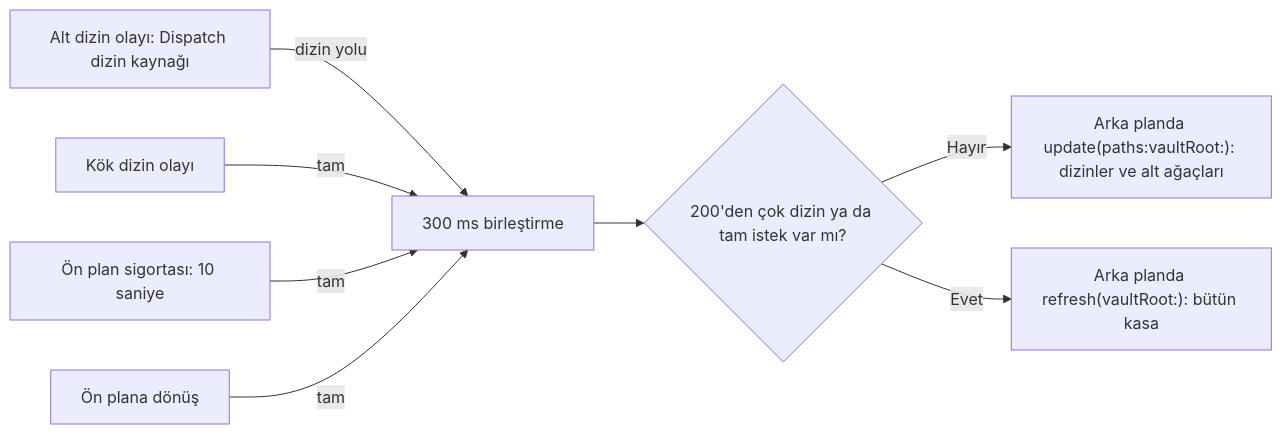
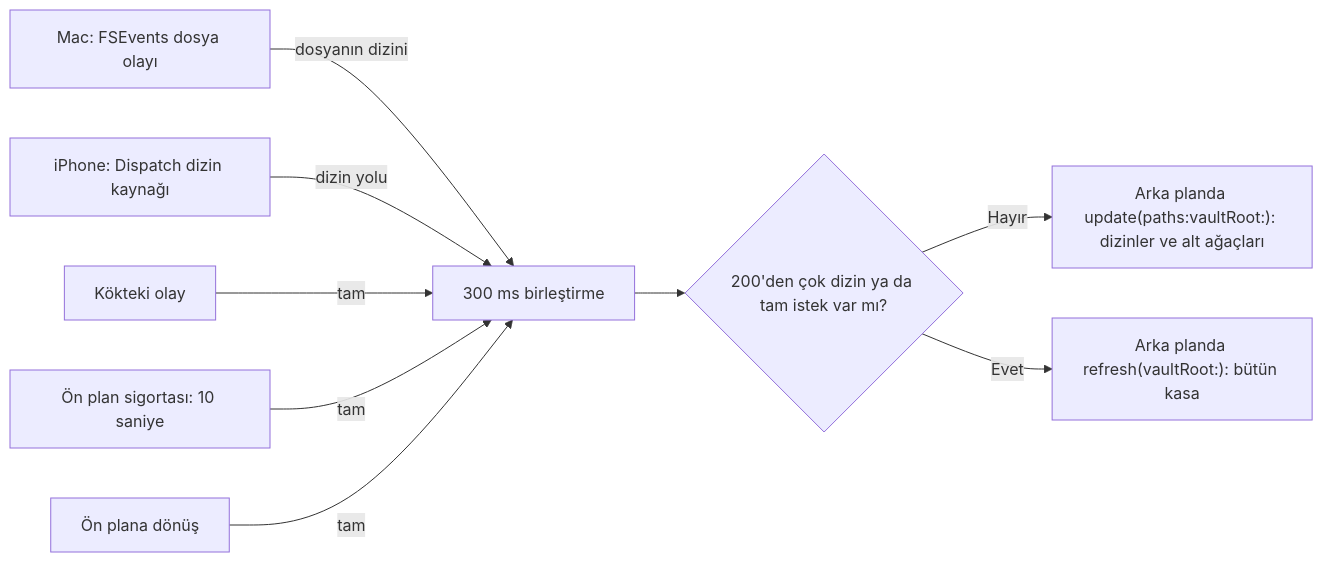
Before and after one commit to dogancanyildiz/kenet: the fourth of 18 diagrams in docs/architecture.md, drawn with Mermaid. The commit also changed other lines of this file and 9 other files, not shown here.

Commit message:
feat: Mac'te FSEvents ile dosya düzeyinde izleme; yerinde yazma 1 sn içinde indekste (#317)

````diff
--- a/docs/architecture.md
+++ b/docs/architecture.md
@@ -142,10 +144,11 @@
 ```mermaid
 flowchart LR
-  Dizin["Alt dizin olayı: Dispatch dizin kaynağı"] -->|"dizin yolu"| Birlestir["300 ms birleştirme"]
-  Kok["Kök dizin olayı"] -->|"tam"| Birlestir
+  Akis["Mac: FSEvents dosya olayı"] -->|"dosyanın dizini"| Birlestir["300 ms birleştirme"]
+  Dizin["iPhone: Dispatch dizin kaynağı"] -->|"dizin yolu"| Birlestir
+  Kok["Kökteki olay"] -->|"tam"| Birlestir
   Zamanlayici["Ön plan sigortası: 10 saniye"] -->|"tam"| Birlestir
   OnPlan["Ön plana dönüş"] -->|"tam"| Birlestir
   Birlestir --> Esik{"200'den çok dizin ya da tam istek var mı?"}
   Esik -- Hayır --> Kapsamli["Arka planda update(paths:vaultRoot:): dizinler ve alt ağaçları"]
   Esik -- Evet --> Tam["Arka planda refresh(vaultRoot:): bütün kasa"]
 ```
````
